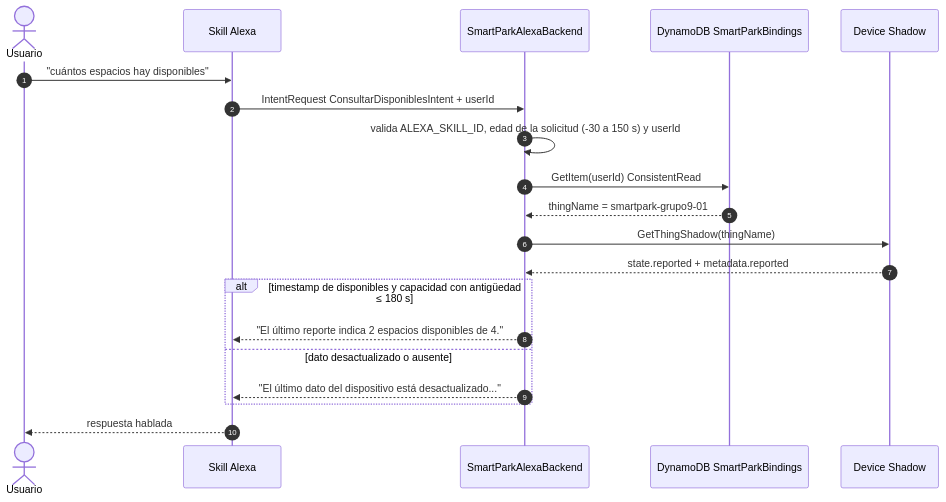
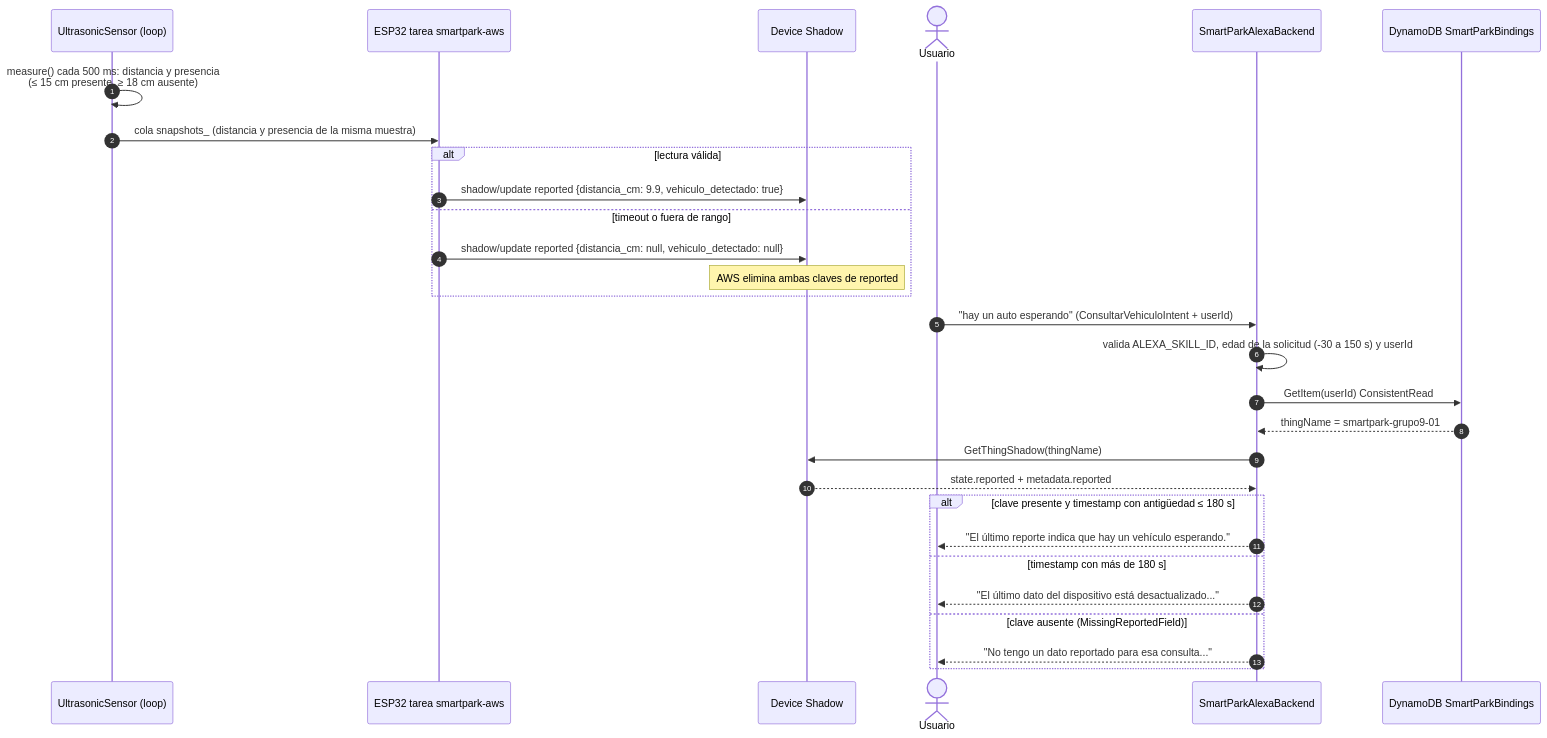
The diagram in docs/diagrams/06-secuencia-consulta.mmd (ciriarte-dev/smartpark-iot-practice-4-aws-alexa), drawn with Mermaid before and after one commit. The commit also changed 7 other files, not shown here.

Commit message:
docs: update block, class and query diagrams

```diff
--- a/docs/diagrams/06-secuencia-consulta.mmd
+++ b/docs/diagrams/06-secuencia-consulta.mmd
@@ -1,20 +1,29 @@
 sequenceDiagram
     autonumber
+    participant US as UltrasonicSensor (loop)
+    participant NET as ESP32 tarea smartpark-aws
+    participant SH as Device Shadow
     actor U as Usuario
-    participant AX as Skill Alexa
     participant LA as SmartParkAlexaBackend
     participant TB as DynamoDB SmartParkBindings
-    participant SH as Device Shadow
-    U->>AX: "cuántos espacios hay disponibles"
-    AX->>LA: IntentRequest ConsultarDisponiblesIntent + userId
+    US->>US: measure() cada 500 ms: distancia y presencia<br/>(≤ 15 cm presente, ≥ 18 cm ausente)
+    US->>NET: cola snapshots_ (distancia y presencia de la misma muestra)
+    alt lectura válida
+        NET->>SH: shadow/update reported {distancia_cm: 9.9, vehiculo_detectado: true}
+    else timeout o fuera de rango
+        NET->>SH: shadow/update reported {distancia_cm: null, vehiculo_detectado: null}
+        Note over SH: AWS elimina ambas claves de reported
+    end
+    U->>LA: "hay un auto esperando" (ConsultarVehiculoIntent + userId)
     LA->>LA: valida ALEXA_SKILL_ID, edad de la solicitud (-30 a 150 s) y userId
     LA->>TB: GetItem(userId) ConsistentRead
     TB-->>LA: thingName = smartpark-grupo9-01
     LA->>SH: GetThingShadow(thingName)
     SH-->>LA: state.reported + metadata.reported
-    alt timestamp de disponibles y capacidad con antigüedad ≤ 180 s
-        LA-->>AX: "El último reporte indica 2 espacios disponibles de 4."
-    else dato desactualizado o ausente
-        LA-->>AX: "El último dato del dispositivo está desactualizado..."
+    alt clave presente y timestamp con antigüedad ≤ 180 s
+        LA-->>U: "El último reporte indica que hay un vehículo esperando."
+    else timestamp con más de 180 s
+        LA-->>U: "El último dato del dispositivo está desactualizado..."
+    else clave ausente (MissingReportedField)
+        LA-->>U: "No tengo un dato reportado para esa consulta..."
     end
-    AX-->>U: respuesta hablada
```
